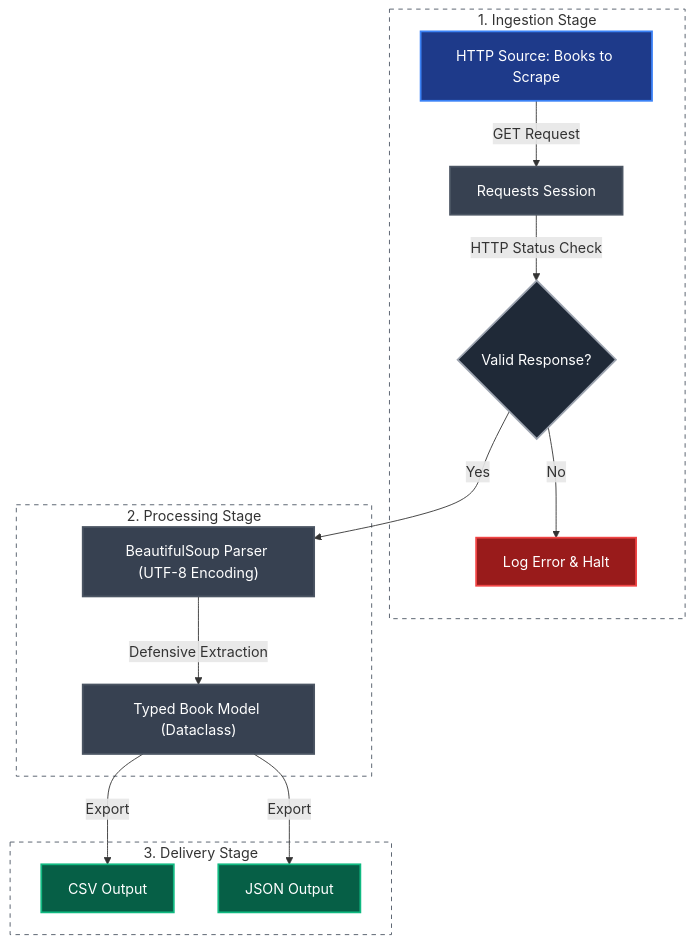
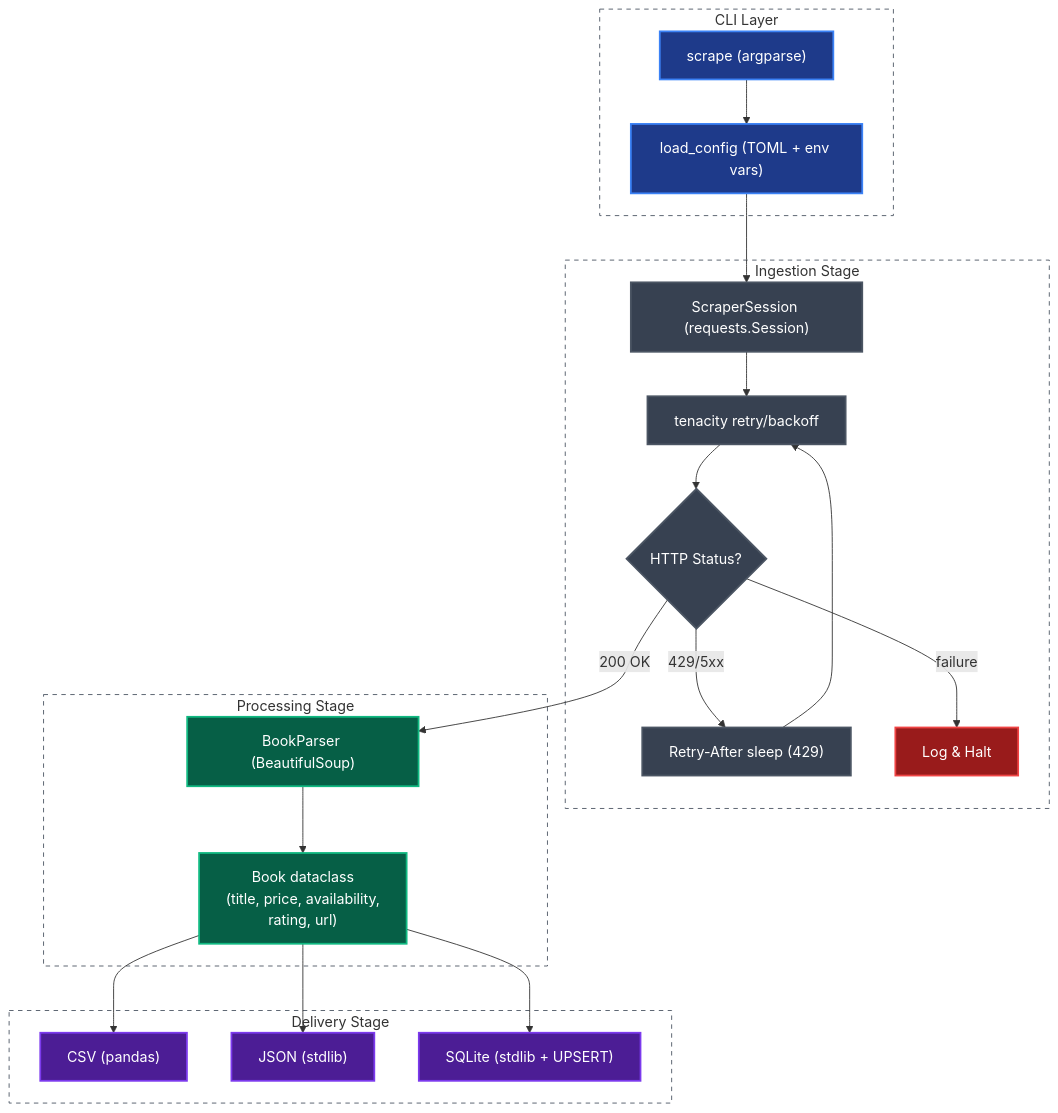
Before and after one commit to moura07/enterprise-web-scraper: the diagram in README.md, drawn with Mermaid. The commit also changed other lines of this file and 17 other files, not shown here.

````diff
--- a/README.md
+++ b/README.md
@@ -42,46 +62,50 @@
 ```mermaid
 graph TD
-    subgraph Ingestion ["1. Ingestion Stage"]
-        A["HTTP Source: Books to Scrape"]
-        B["Requests Session"]
-        C{"Valid Response?"}
-        D["Log Error & Halt"]
+    subgraph CLI ["CLI Layer"]
+        A["scrape (argparse)"]
+        B["load_config (TOML + env vars)"]
     end
 
-    subgraph Processing ["2. Processing Stage"]
-        E["BeautifulSoup Parser (UTF-8 Encoding)"]
-        F["Typed Book Model (Dataclass)"]
+    subgraph Ingestion ["Ingestion Stage"]
+        C["ScraperSession (requests.Session)"]
+        D["tenacity retry/backoff"]
+        E{"HTTP Status?"}
+        F["Retry-After sleep (429)"]
+        G["Log & Halt"]
     end
 
-    subgraph Delivery ["3. Delivery Stage"]
-        G["CSV Output"]
-        H["JSON Output"]
+    subgraph Processing ["Processing Stage"]
+        H["BookParser (BeautifulSoup)"]
+        I["Book dataclass\n(title, price, availability,\nrating, url)"]
     end
 
-    %% Flow / Connections
-    A -->|GET Request| B
-    B -->|HTTP Status Check| C
-    C -->|No| D
-    C -->|Yes| E
-    E -->|Defensive Extraction| F
-    F -->|Export| G
-    F -->|Export| H
+    subgraph Delivery ["Delivery Stage"]
+        J["CSV (pandas)"]
+        K["JSON (stdlib)"]
+        L["SQLite (stdlib + UPSERT)"]
+    end
 
-    %% Node Styling (High Contrast & Modern Palette)
-    classDef source fill:#1e3a8a,stroke:#3b82f6,stroke-width:2px,color:#ffffff;
-    classDef process fill:#374151,stroke:#4b5563,stroke-width:2px,color:#ffffff;
-    classDef decision fill:#1f2937,stroke:#9ca3af,stroke-width:2px,color:#ffffff;
-    classDef error fill:#991b1b,stroke:#ef4444,stroke-width:2px,color:#ffffff;
-    classDef output fill:#065f46,stroke:#10b981,stroke-width:2px,color:#ffffff;
+    A --> B --> C
+    C --> D --> E
+    E -->|429/5xx| F --> D
+    E -->|failure| G
+    E -->|200 OK| H --> I
+    I --> J & K & L
 
-    class A source;
-    class B,E,F process;
-    class C decision;
-    class D error;
-    class G,H output;
+    classDef cli fill:#1e3a8a,stroke:#3b82f6,stroke-width:2px,color:#fff;
+    classDef ingest fill:#374151,stroke:#4b5563,stroke-width:2px,color:#fff;
+    classDef process fill:#065f46,stroke:#10b981,stroke-width:2px,color:#fff;
+    classDef deliver fill:#4c1d95,stroke:#7c3aed,stroke-width:2px,color:#fff;
+    classDef error fill:#991b1b,stroke:#ef4444,stroke-width:2px,color:#fff;
 
-    %% Subgraph Styling (Subtle & Dark-Theme Friendly)
-    style Ingestion fill:none,stroke:#4b5563,stroke-width:1px,stroke-dasharray: 5 5;
-    style Processing fill:none,stroke:#4b5563,stroke-width:1px,stroke-dasharray: 5 5;
-    style Delivery fill:none,stroke:#4b5563,stroke-width:1px,stroke-dasharray: 5 5;
+    class A,B cli;
+    class C,D,E,F ingest;
+    class G error;
+    class H,I process;
+    class J,K,L deliver;
+
+    style CLI fill:none,stroke:#4b5563,stroke-width:1px,stroke-dasharray:5 5;
+    style Ingestion fill:none,stroke:#4b5563,stroke-width:1px,stroke-dasharray:5 5;
+    style Processing fill:none,stroke:#4b5563,stroke-width:1px,stroke-dasharray:5 5;
+    style Delivery fill:none,stroke:#4b5563,stroke-width:1px,stroke-dasharray:5 5;
 ```
````
